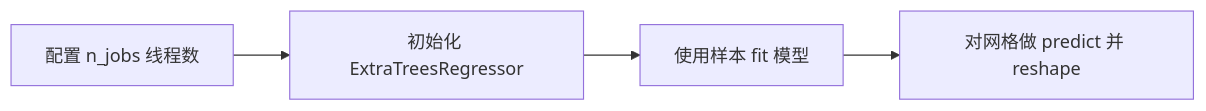
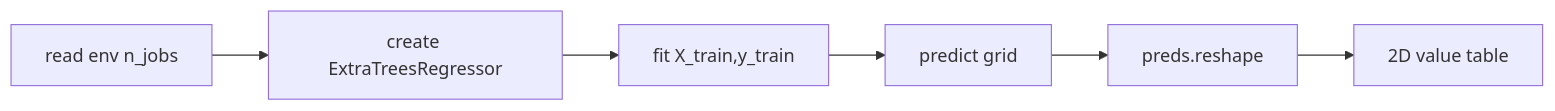
Before and after one commit to EvihGraphics/AnimationTech-HTC: diagram 11 of 12 in docs/blog/AnimationPapers/real_time_planning_multiprocess_func/README.md, drawn with Mermaid. The commit also changed other lines of this file and 6 other files, not shown here.

````diff
--- a/docs/blog/AnimationPapers/real_time_planning_multiprocess_func/README.md
+++ b/docs/blog/AnimationPapers/real_time_planning_multiprocess_func/README.md
@@ -134,6 +200,8 @@
 ```mermaid
 flowchart LR
-    A[配置 n_jobs 线程数] --> B[初始化 ExtraTreesRegressor]
-    B --> C[使用样本 fit 模型]
-    C --> D[对网格做 predict 并 reshape]
+    A[read env n_jobs] --> B[create ExtraTreesRegressor]
+    B --> C[fit X_train,y_train]
+    C --> D[predict grid]
+    D --> E[preds.reshape]
+    E --> F[2D value table]
 ```
````
